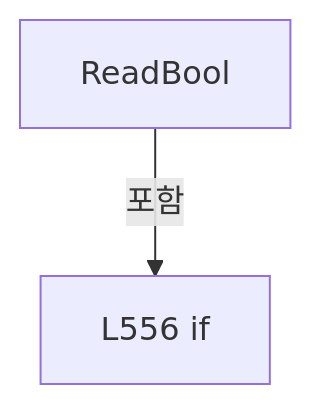
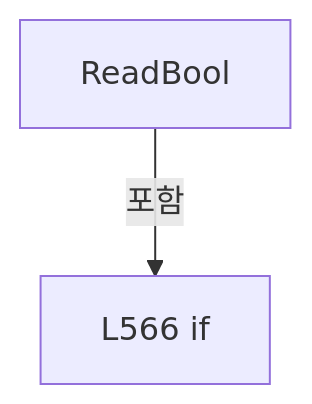
Diagram 16 of 17 in A3 LD Code Ref/files/Drilling.File/JHMI/CSettingFile.cs.md (kjuws10-rgb/Shared), drawn with Mermaid before and after one commit. The commit also changed other lines of this file and 2071 other files, not shown here.

Commit message:
docs(a3): update 11.19.0 architecture and code reference

````diff
--- a/A3 LD Code Ref/files/Drilling.File/JHMI/CSettingFile.cs.md
+++ b/A3 LD Code Ref/files/Drilling.File/JHMI/CSettingFile.cs.md
@@ -2554,6 +2564,6 @@
 ```mermaid
 flowchart TD
  M["ReadBool"]
- N0["L556 if"]
+ N0["L566 if"]
  M -->|포함| N0
 ```
````
